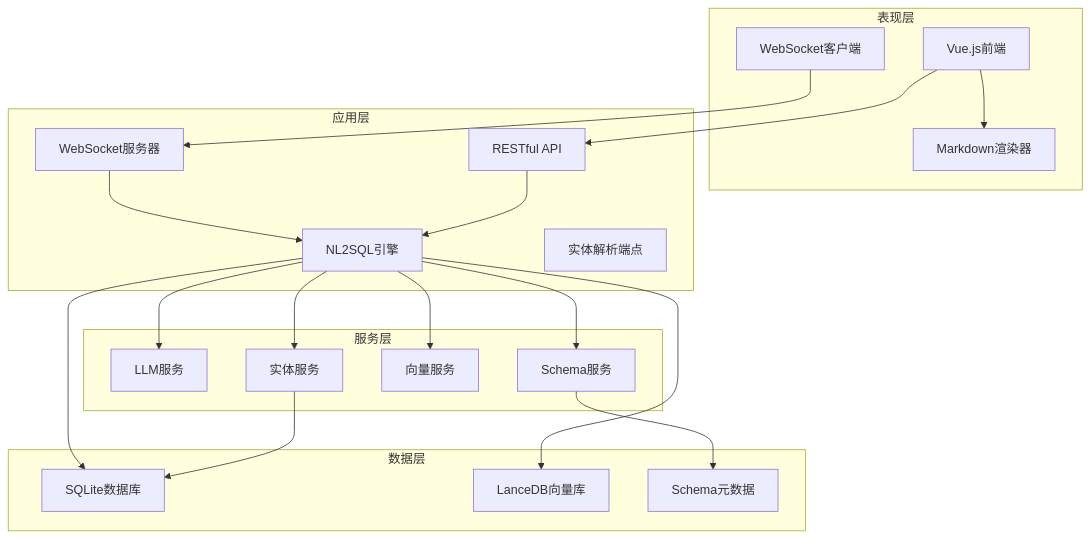
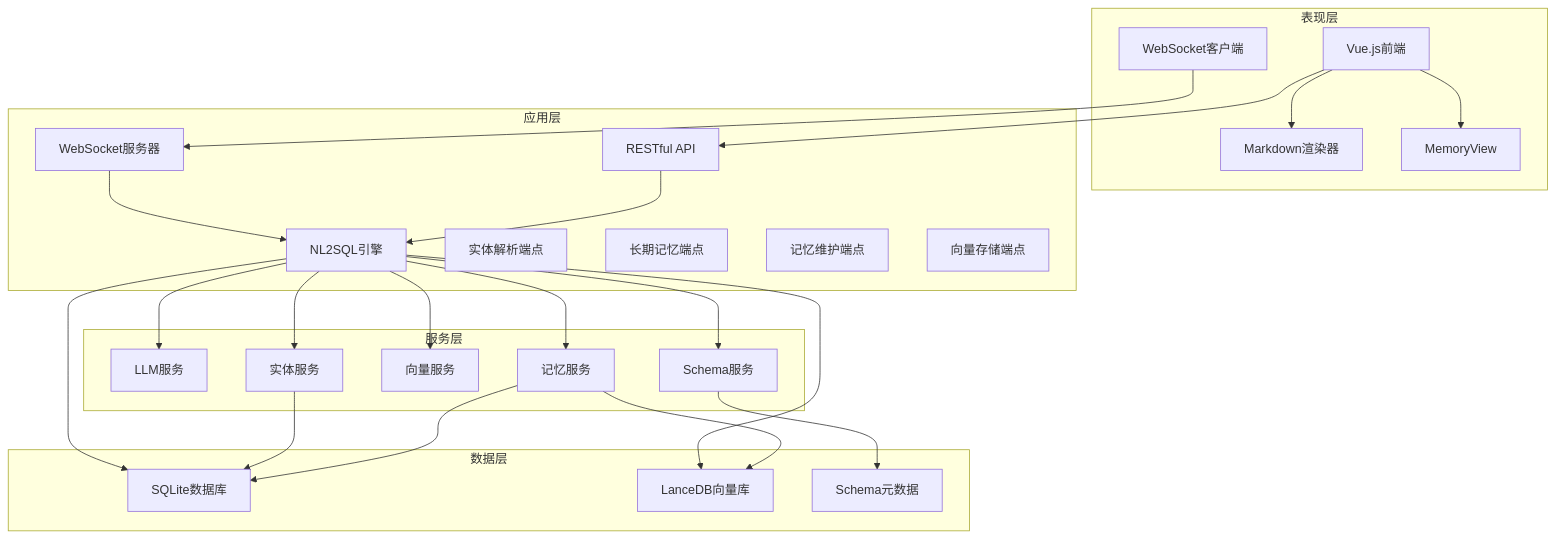
The second of 15 diagrams in .qoder/repowiki/zh/content/核心模块详解/NL2SQL自然语言到SQL系统/NL2SQL自然语言到SQL系统.md (HanHuiOnLine/724-office), drawn with Mermaid before and after one commit. The commit also changed other lines of this file and 14 other files, not shown here.

Commit message:
优化意图识别

````diff
--- a/.qoder/repowiki/zh/content/核心模块详解/NL2SQL自然语言到SQL系统/NL2SQL自然语言到SQL系统.md
+++ b/.qoder/repowiki/zh/content/核心模块详解/NL2SQL自然语言到SQL系统/NL2SQL自然语言到SQL系统.md
@@ -182,38 +208,47 @@
 ```mermaid
 graph TB
 subgraph "表现层"
 UI[Vue.js前端]
 WS[WebSocket客户端]
 MR[Markdown渲染器]
+MV[MemoryView]
 end
 subgraph "应用层"
 API[RESTful API]
 WS_SERVER[WebSocket服务器]
 ENGINE[NL2SQL引擎]
 ENDPOINT[实体解析端点]
+LT_ENDPOINT[长期记忆端点]
+ENDPOINT2[记忆维护端点]
+ENDPOINT3[向量存储端点]
 end
 subgraph "服务层"
 LLM[LLM服务]
 SCHEMA[Schema服务]
 VECTOR[向量服务]
 ENTITIES[实体服务]
+MEMORY[记忆服务]
 end
 subgraph "数据层"
 SQLITE[SQLite数据库]
 LANCEDB[LanceDB向量库]
 METADATA[Schema元数据]
 end
 UI --> API
 UI --> MR
+UI --> MV
 WS --> WS_SERVER
 WS_SERVER --> ENGINE
 API --> ENGINE
 ENGINE --> LLM
 ENGINE --> SCHEMA
 ENGINE --> VECTOR
 ENGINE --> ENTITIES
+ENGINE --> MEMORY
 SCHEMA --> METADATA
 ENGINE --> SQLITE
 ENGINE --> LANCEDB
 ENTITIES --> SQLITE
+MEMORY --> SQLITE
+MEMORY --> LANCEDB
 ```
````
